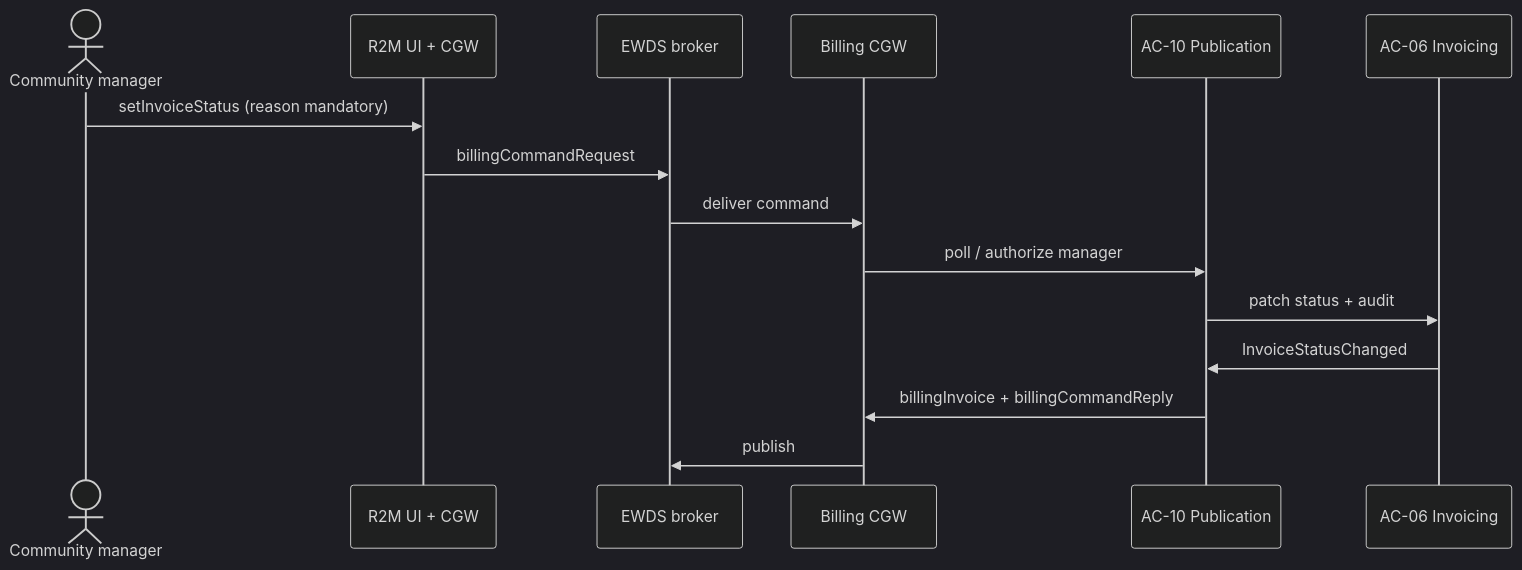
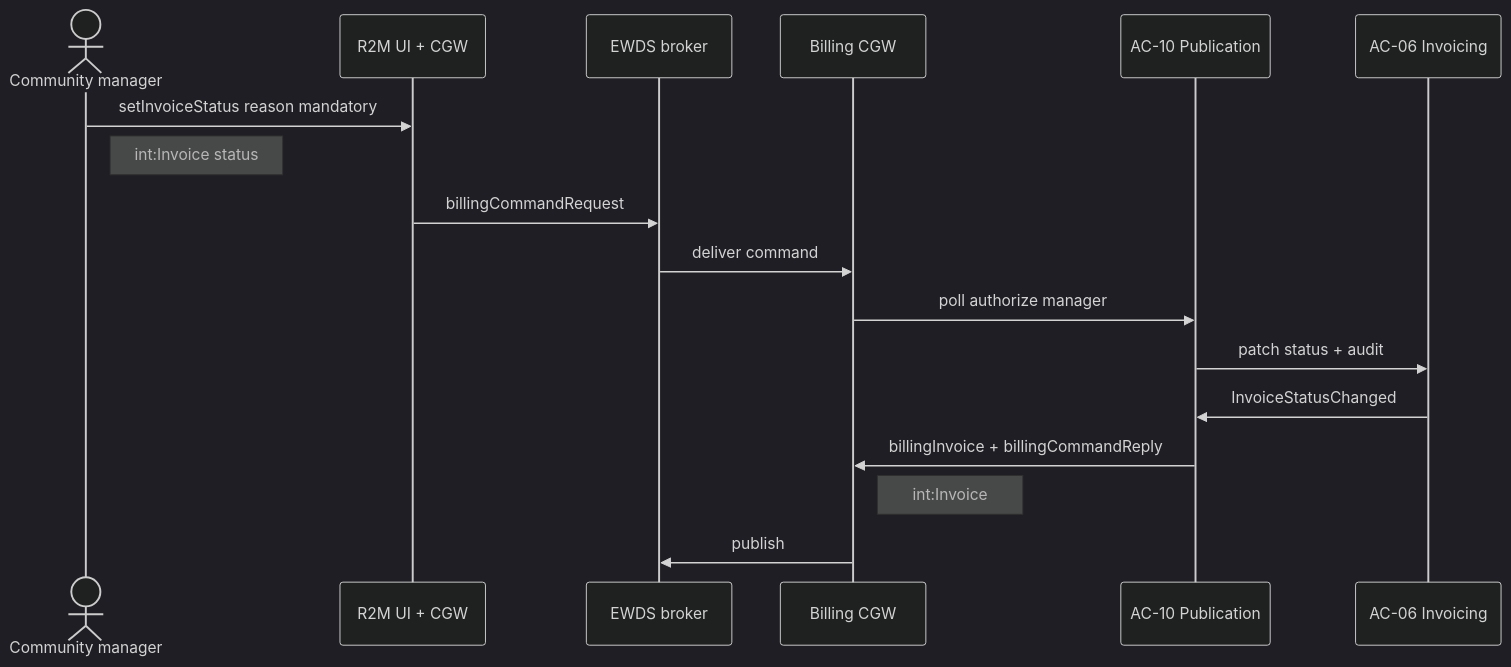
Before and after one commit to blooo-io/intelligent-eu-bps-source: diagram 11 of 14 in docs/architecture/07-scenario-flows.md, drawn with Mermaid (dark theme). The commit also changed other lines of this file, not shown here.

First line of the commit message:
docs(INT-451): ontology objects on scenario flow steps; fix S12 Mermaid (#225)

````diff
--- a/docs/architecture/07-scenario-flows.md
+++ b/docs/architecture/07-scenario-flows.md
@@ -308,17 +404,19 @@
 ```mermaid
 sequenceDiagram
   actor Mgr as Community manager
   participant R2M as R2M UI + CGW
   participant EWDS as EWDS broker
   participant CGW as Billing CGW
   participant AC10 as AC-10 Publication
   participant AC06 as AC-06 Invoicing
-  Mgr->>R2M: setInvoiceStatus (reason mandatory)
+  Mgr->>R2M: setInvoiceStatus reason mandatory
+  Note right of Mgr: int:Invoice status
   R2M->>EWDS: billingCommandRequest
   EWDS->>CGW: deliver command
-  CGW->>AC10: poll / authorize manager
+  CGW->>AC10: poll authorize manager
   AC10->>AC06: patch status + audit
   AC06->>AC10: InvoiceStatusChanged
   AC10->>CGW: billingInvoice + billingCommandReply
+  Note right of CGW: int:Invoice
   CGW->>EWDS: publish
 ```
````
